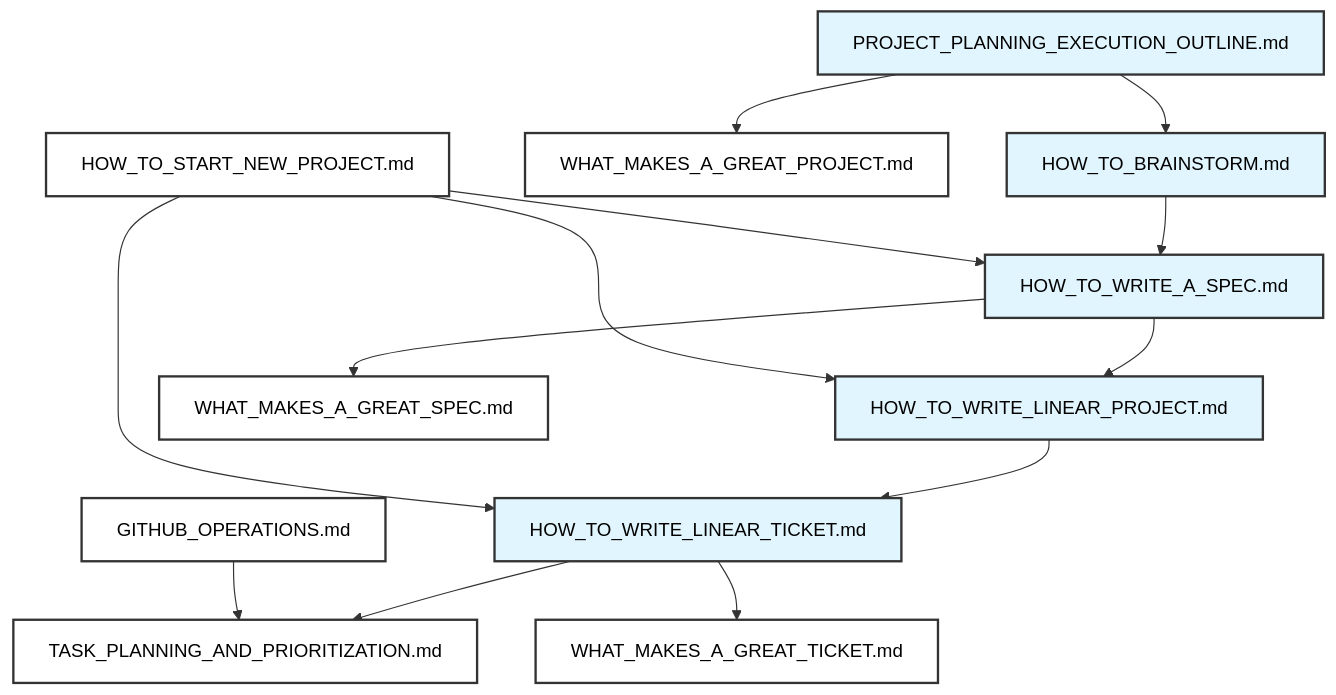
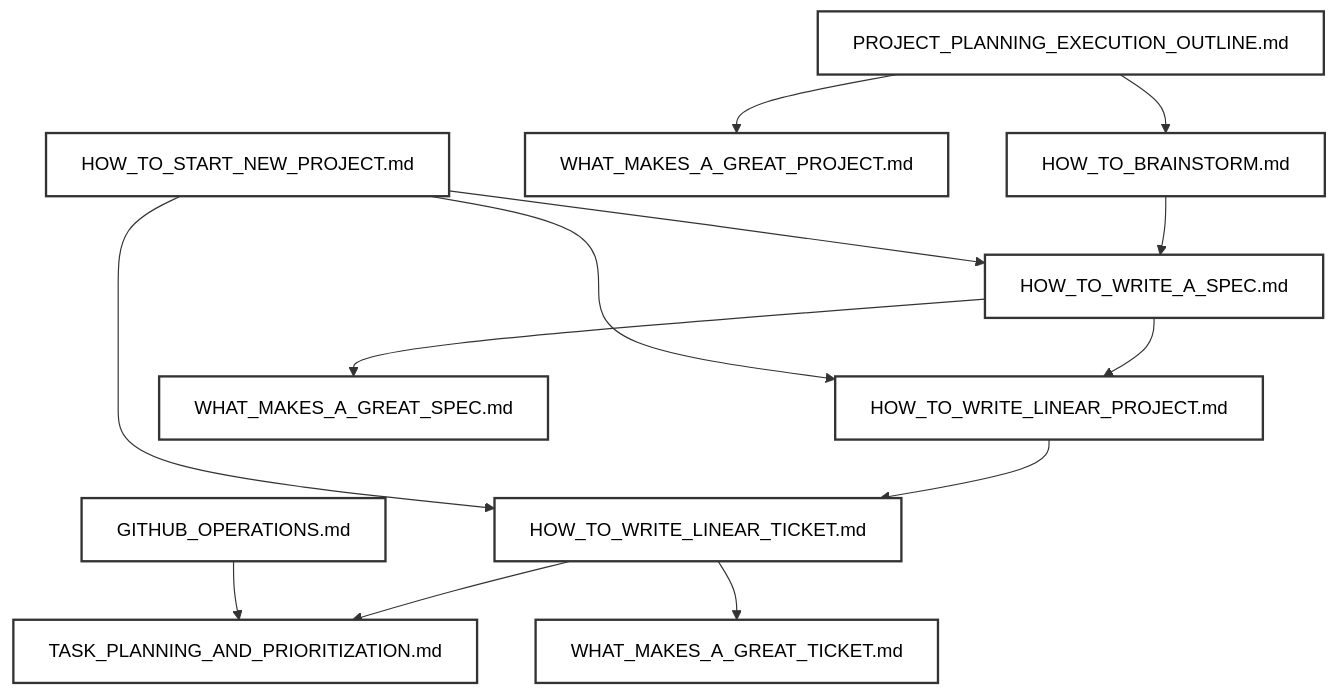
Before and after one commit to mark-torres10/ai_tools: the diagram in agents/task_instructions/project_management/README.md, drawn with Mermaid. The commit also changed other lines of this file, not shown here.

````diff
--- a/agents/task_instructions/project_management/README.md
+++ b/agents/task_instructions/project_management/README.md
@@ -11,30 +11,30 @@
 ```mermaid
 graph TD
     A[PROJECT_PLANNING_EXECUTION_OUTLINE.md] --> B[HOW_TO_BRAINSTORM.md]
     B --> C[HOW_TO_WRITE_A_SPEC.md]
     C --> D[HOW_TO_WRITE_LINEAR_PROJECT.md]
     D --> E[HOW_TO_WRITE_LINEAR_TICKET.md]
     E --> F[TASK_PLANNING_AND_PRIORITIZATION.md]
     
     A --> G[WHAT_MAKES_A_GREAT_PROJECT.md]
     C --> H[WHAT_MAKES_A_GREAT_SPEC.md]
     E --> I[WHAT_MAKES_A_GREAT_TICKET.md]
     
     J[HOW_TO_START_NEW_PROJECT.md] --> C
     J --> D
     J --> E
     
     K[GITHUB_OPERATIONS.md] --> F
     
-    style A fill:#e1f5fe,stroke:#333,stroke-width:2px,color:#000
-    style B fill:#e1f5fe,stroke:#333,stroke-width:2px,color:#000
-    style C fill:#e1f5fe,stroke:#333,stroke-width:2px,color:#000
-    style D fill:#e1f5fe,stroke:#333,stroke-width:2px,color:#000
-    style E fill:#e1f5fe,stroke:#333,stroke-width:2px,color:#000
+    style A fill:#ffffff,stroke:#333,stroke-width:2px,color:#000
+    style B fill:#ffffff,stroke:#333,stroke-width:2px,color:#000
+    style C fill:#ffffff,stroke:#333,stroke-width:2px,color:#000
+    style D fill:#ffffff,stroke:#333,stroke-width:2px,color:#000
+    style E fill:#ffffff,stroke:#333,stroke-width:2px,color:#000
     style F fill:#ffffff,stroke:#333,stroke-width:2px,color:#000
     style G fill:#ffffff,stroke:#333,stroke-width:2px,color:#000
     style H fill:#ffffff,stroke:#333,stroke-width:2px,color:#000
     style I fill:#ffffff,stroke:#333,stroke-width:2px,color:#000
     style J fill:#ffffff,stroke:#333,stroke-width:2px,color:#000
     style K fill:#ffffff,stroke:#333,stroke-width:2px,color:#000
 ```
````
